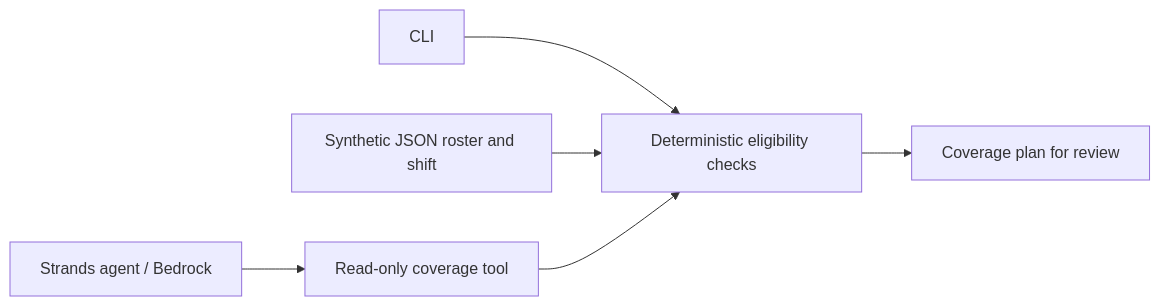
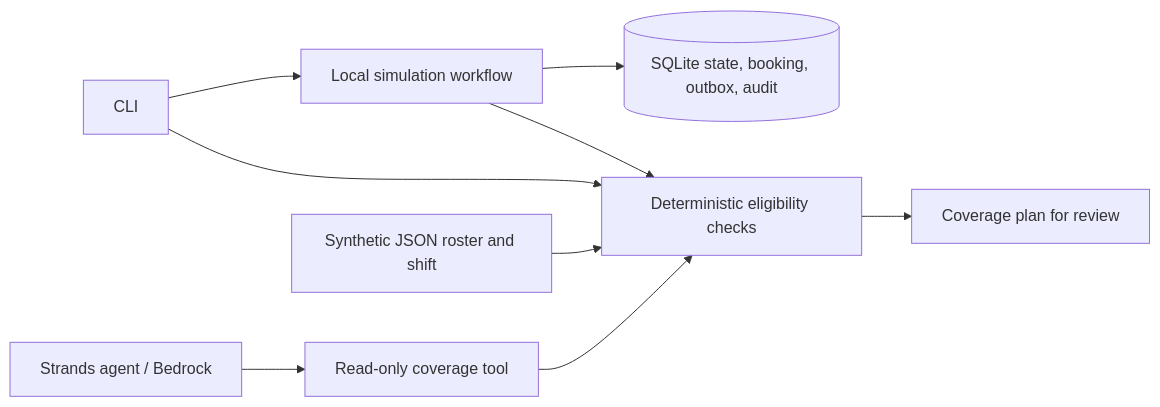
One commit to tsam6/ShiftRescue changed the first of 2 diagrams in docs/ARCHITECTURE.md. Above: the diagram before and after it, drawn with Mermaid. The commit also changed 7 other files, not shown here.

Commit message:
Add persistent local coverage simulation and recovery tests

````diff
--- a/docs/ARCHITECTURE.md
+++ b/docs/ARCHITECTURE.md
@@ -4,8 +4,11 @@
 ```mermaid
 flowchart LR
-    CLI[CLI] --> Rules[Deterministic eligibility checks]
+    CLI[CLI] --> Workflow[Local simulation workflow]
+    Workflow --> Store[(SQLite state, booking, outbox, audit)]
+    Workflow --> Rules
+    CLI --> Rules[Deterministic eligibility checks]
     Data[Synthetic JSON roster and shift] --> Rules
     Rules --> Plan[Coverage plan for review]
     Agent[Strands agent / Bedrock] --> Tool[Read-only coverage tool]
     Tool --> Rules
 ```
````
